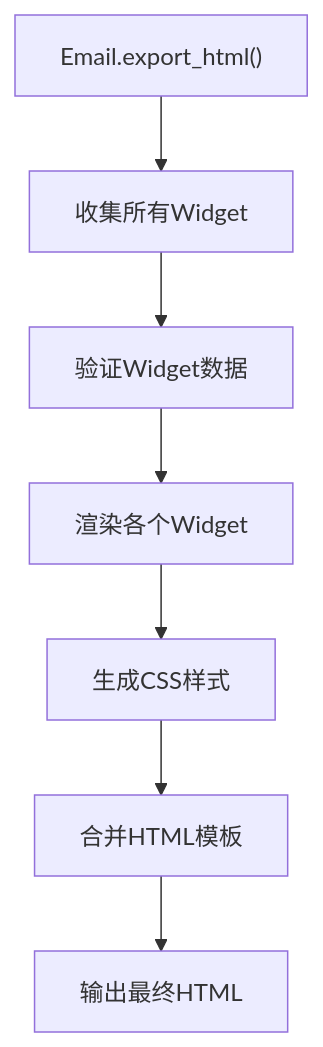
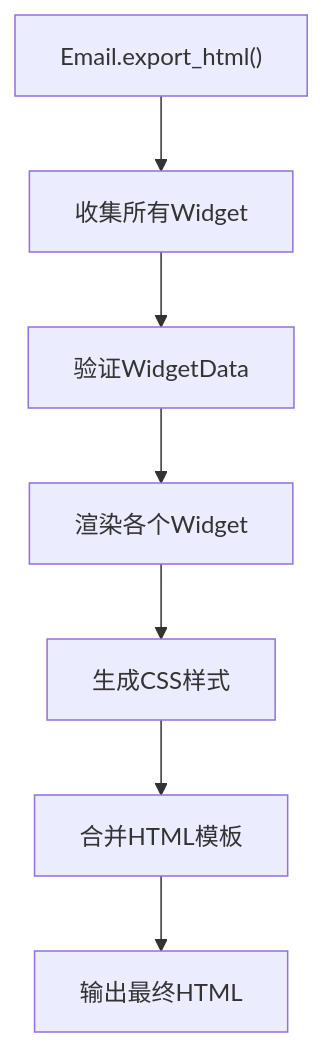
Before and after one commit to 271374667/EmailWidget: the diagram in docs/development/creating-widgets.md, drawn with Mermaid. The commit also changed other lines of this file, not shown here.

````diff
--- a/docs/development/creating-widgets.md
+++ b/docs/development/creating-widgets.md
@@ -78,9 +78,9 @@
 ```mermaid
 graph TD
     A["Email.export_html()"] --> B["收集所有Widget"]
-    B --> C["验证Widget数据"]
+    B --> C["验证WidgetData"]
     C --> D["渲染各个Widget"]
     D --> E["生成CSS样式"]
     E --> F["合并HTML模板"]
     F --> G["输出最终HTML"]
 ```
````
